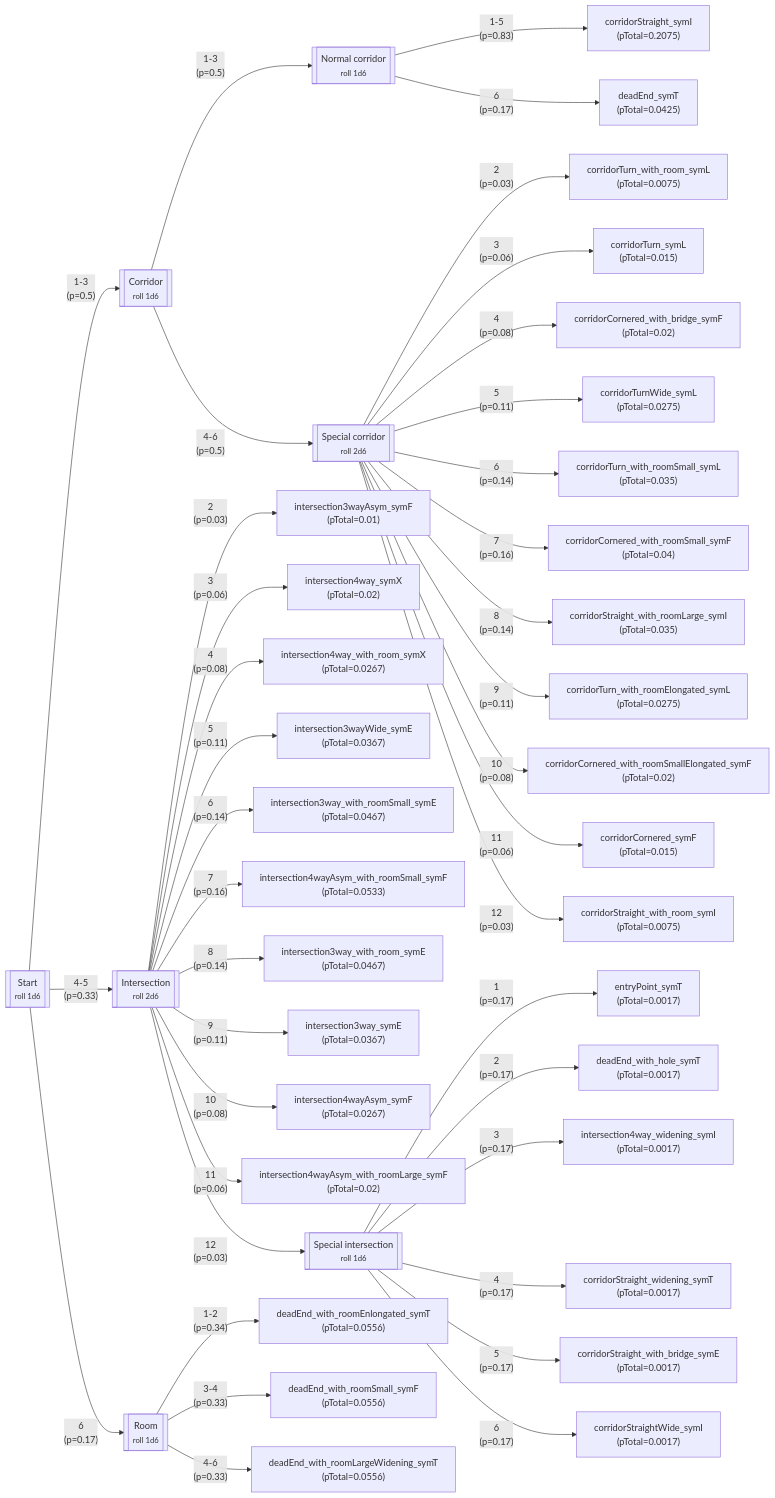
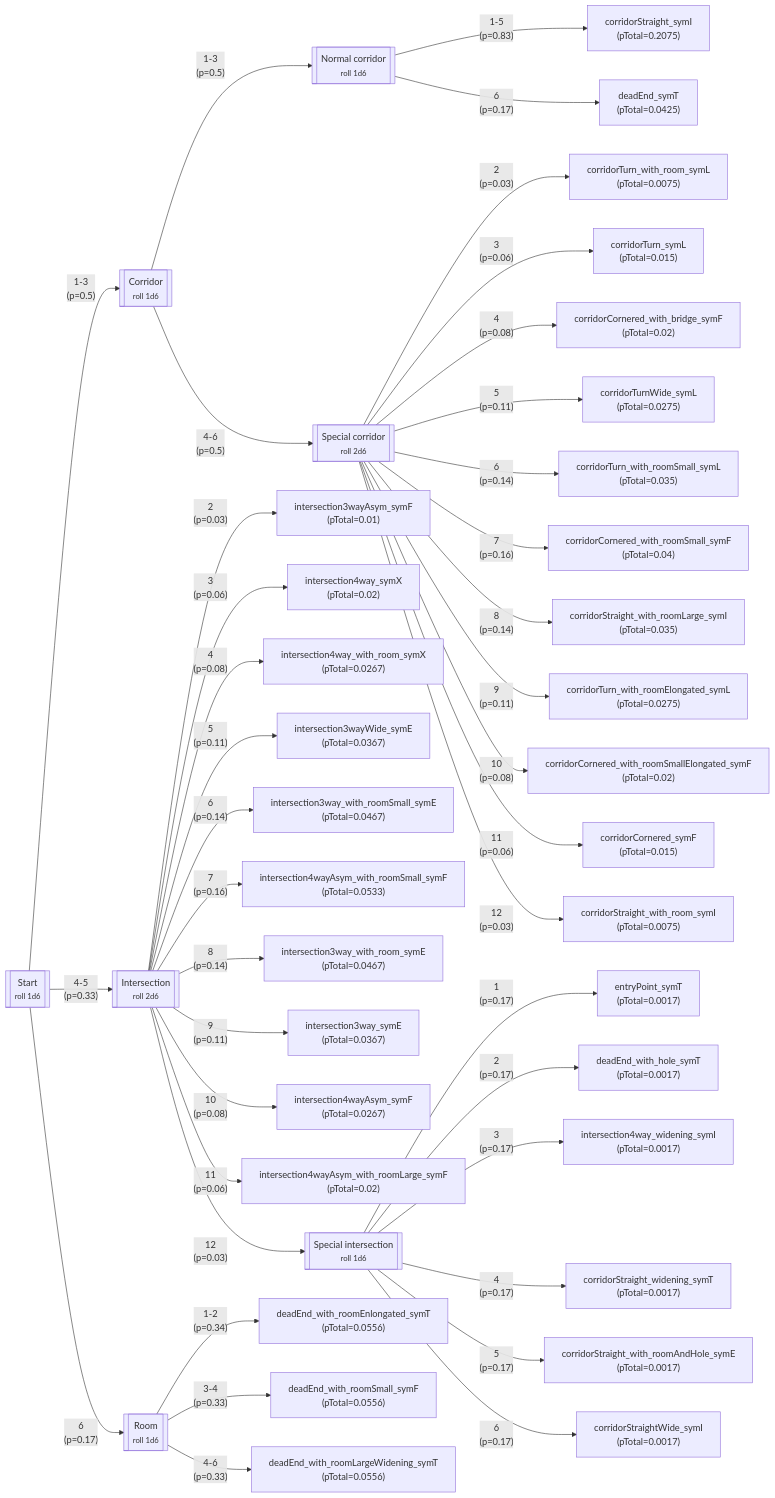
One commit to LordFckHelmchen/wrath-and-glory-space-hulk-generator changed the diagram in src/layouter/de_broglie_layouter/tile_sets/space_hulk_game/docs/SPACE_HULK_GAME_TILE_PROBABILITIES.md. Above: the diagram before and after it, drawn with Mermaid. The commit also changed 3 other files, not shown here.

Commit message:
refactor: Rename bridge tile to be a room

````diff
--- a/src/layouter/de_broglie_layouter/tile_sets/space_hulk_game/docs/SPACE_HULK_GAME_TILE_PROBABILITIES.md
+++ b/src/layouter/de_broglie_layouter/tile_sets/space_hulk_game/docs/SPACE_HULK_GAME_TILE_PROBABILITIES.md
@@ -1,49 +1,49 @@
 ```mermaid
 flowchart LR
     start[[Start\n<small>roll 1d6</small>]] --"1-3\n(p=0.5)"--> corridor[[Corridor\n<small>roll 1d6</small>]]
 
     corridor --"1-3\n(p=0.5)"--> normalCorridor[[Normal corridor\n<small>roll 1d6</small>]]
     corridor --"4-6\n(p=0.5)"--> specialCorridor[[Special corridor\n<small>roll 2d6</small>]]
 
     normalCorridor --"1-5\n(p=0.83)"--> corridorStraight_symI["corridorStraight_symI\n(pTotal=0.2075)"]
     normalCorridor --"6\n(p=0.17)"--> deadEnd_symT["deadEnd_symT\n(pTotal=0.0425)"]
 
     specialCorridor --"2\n(p=0.03)"--> corridorTurn_with_room_symL["corridorTurn_with_room_symL\n(pTotal=0.0075)"]
     specialCorridor --"3\n(p=0.06)"--> corridorTurn_symL["corridorTurn_symL\n(pTotal=0.015)"]
     specialCorridor --"4\n(p=0.08)"--> corridorCornered_with_bridge_symF["corridorCornered_with_bridge_symF\n(pTotal=0.02)"]
     specialCorridor --"5\n(p=0.11)"--> corridorTurnWide_symL["corridorTurnWide_symL\n(pTotal=0.0275)"]
     specialCorridor --"6\n(p=0.14)"--> corridorTurn_with_roomSmall_symL["corridorTurn_with_roomSmall_symL\n(pTotal=0.035)"]
     specialCorridor --"7\n(p=0.16)"--> corridorCornered_with_roomSmall_symF["corridorCornered_with_roomSmall_symF\n(pTotal=0.04)"]
     specialCorridor --"8\n(p=0.14)"--> corridorStraight_with_roomLarge_symI["corridorStraight_with_roomLarge_symI\n(pTotal=0.035)"]
     specialCorridor --"9\n(p=0.11)"--> corridorTurn_with_roomElongated_symL["corridorTurn_with_roomElongated_symL\n(pTotal=0.0275)"]
     specialCorridor --"10\n(p=0.08)"--> corridorCornered_with_roomSmallElongated_symF["corridorCornered_with_roomSmallElongated_symF\n(pTotal=0.02)"]
     specialCorridor --"11\n(p=0.06)" --> corridorCornered_symF["corridorCornered_symF\n(pTotal=0.015)"]
     specialCorridor --"12\n(p=0.03)"--> corridorStraight_with_room_symI["corridorStraight_with_room_symI\n(pTotal=0.0075)"]
 
     start --"4-5\n(p=0.33)"--> intersection[[Intersection\n<small>roll 2d6</small>]]
 
     intersection --"2\n(p=0.03)"--> intersection3wayAsym_symF["intersection3wayAsym_symF\n(pTotal=0.01)"]
     intersection --"3\n(p=0.06)"--> intersection4way_symX["intersection4way_symX\n(pTotal=0.02)"]
     intersection --"4\n(p=0.08)"--> intersection4way_with_room_symX["intersection4way_with_room_symX\n(pTotal=0.0267)"]
     intersection --"5\n(p=0.11)"--> intersection3wayWide_symE["intersection3wayWide_symE\n(pTotal=0.0367)"]
     intersection --"6\n(p=0.14)"--> intersection3way_with_roomSmall_symE["intersection3way_with_roomSmall_symE\n(pTotal=0.0467)"]
     intersection --"7\n(p=0.16)"--> intersection4wayAsym_with_roomSmall_symF["intersection4wayAsym_with_roomSmall_symF\n(pTotal=0.0533)"]
     intersection --"8\n(p=0.14)"--> intersection3way_with_room_symE["intersection3way_with_room_symE\n(pTotal=0.0467)"]
     intersection --"9\n(p=0.11)"--> intersection3way_symE["intersection3way_symE\n(pTotal=0.0367)"]
     intersection --"10\n(p=0.08)"--> intersection4wayAsym_symF["intersection4wayAsym_symF\n(pTotal=0.0267)"]
     intersection --"11\n(p=0.06)"--> intersection4wayAsym_with_roomLarge_symF["intersection4wayAsym_with_roomLarge_symF\n(pTotal=0.02)"]
     intersection --"12\n(p=0.03)"--> specialIntersection[[Special intersection\n<small>roll 1d6</small>]]
 
     specialIntersection --"1\n(p=0.17)"--> entryPoint_symT["entryPoint_symT\n(pTotal=0.0017)"]
     specialIntersection --"2\n(p=0.17)"--> deadEnd_with_hole_symT["deadEnd_with_hole_symT\n(pTotal=0.0017)"]
     specialIntersection --"3\n(p=0.17)"--> intersection4way_widening_symI["intersection4way_widening_symI\n(pTotal=0.0017)"]
     specialIntersection --"4\n(p=0.17)"--> corridorStraight_widening_symT["corridorStraight_widening_symT\n(pTotal=0.0017)"]
-    specialIntersection --"5\n(p=0.17)"--> corridorStraight_with_bridge_symE["corridorStraight_with_bridge_symE\n(pTotal=0.0017)"]
+    specialIntersection --"5\n(p=0.17)"--> corridorStraight_with_roomAndHole_symE["corridorStraight_with_roomAndHole_symE\n(pTotal=0.0017)"]
     specialIntersection --"6\n(p=0.17)"--> corridorStraightWide_symI["corridorStraightWide_symI\n(pTotal=0.0017)"]
 
     start --"6\n(p=0.17)"--> room[[Room\n<small>roll 1d6</small>]]
 
     room --"1-2\n(p=0.34)"--> deadEnd_with_roomEnlongated_symT["deadEnd_with_roomEnlongated_symT\n(pTotal=0.0556)"]
     room --"3-4\n(p=0.33)"--> deadEnd_with_roomSmall_symF["deadEnd_with_roomSmall_symF\n(pTotal=0.0556)"]
     room --"4-6\n(p=0.33)"--> deadEnd_with_roomLargeWidening_symT["deadEnd_with_roomLargeWidening_symT\n(pTotal=0.0556)"]
 ```
````
